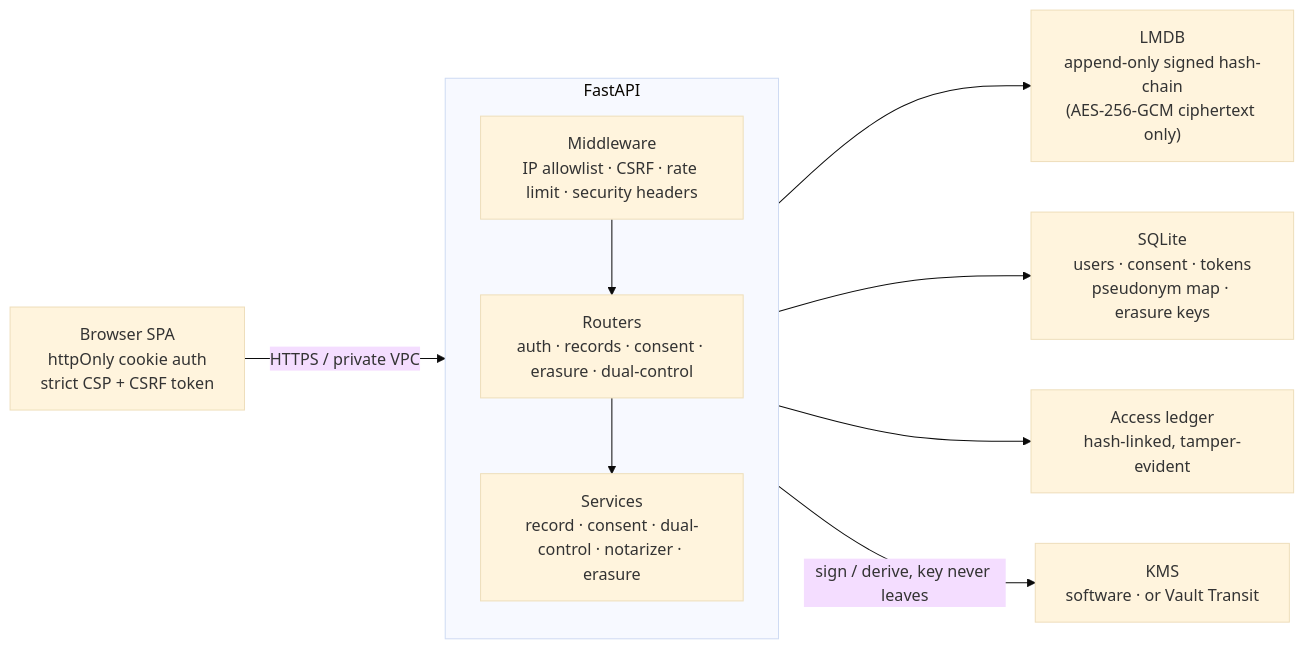
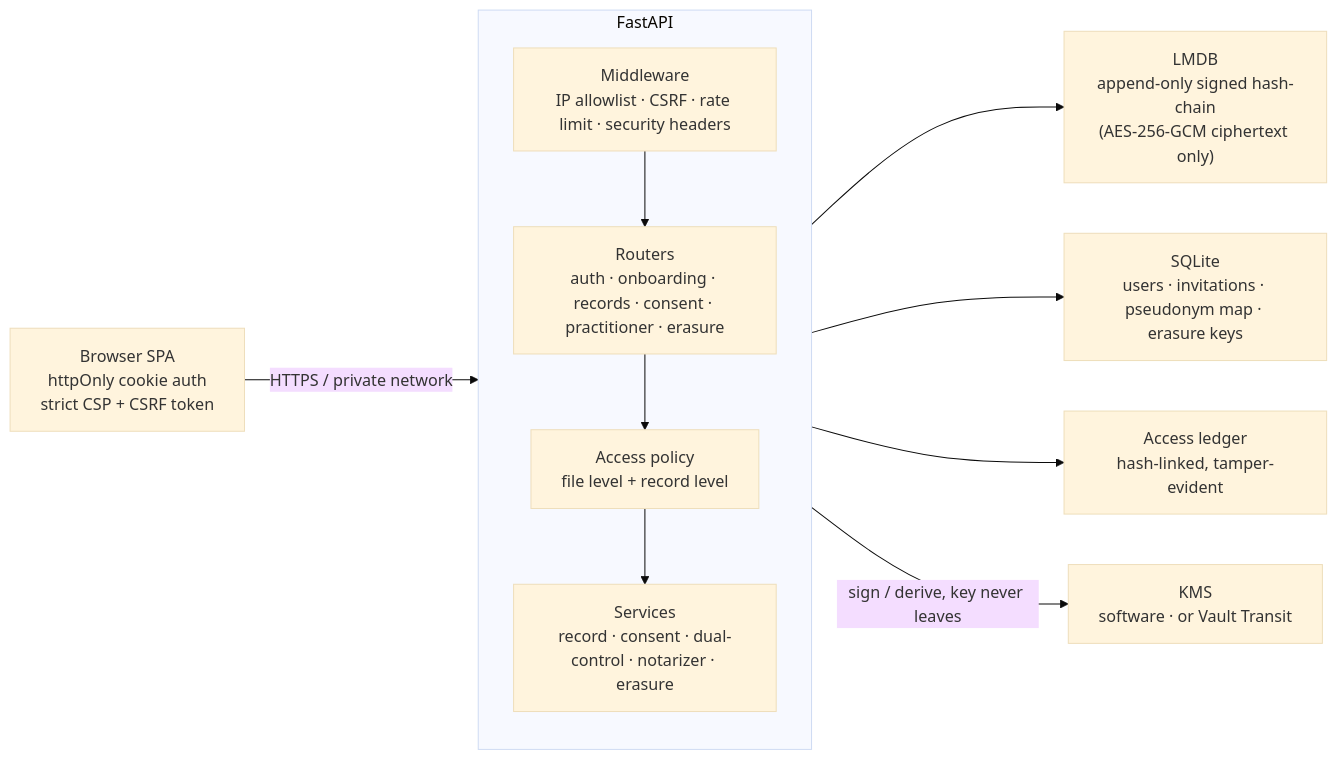
The diagram in README.md (calsgnkadir/health-blockchain), drawn with Mermaid (base theme) before and after one commit. The commit also changed other lines of this file and 1 other file, not shown here.

````diff
--- a/README.md
+++ b/README.md
@@ -27,18 +73,19 @@
 ```mermaid
 flowchart LR
-    Client["Browser SPA<br/>httpOnly cookie auth<br/>strict CSP + CSRF token"]
+    Browser["Browser SPA<br/>httpOnly cookie auth<br/>strict CSP + CSRF token"]
 
     subgraph API["FastAPI"]
       direction TB
       MW["Middleware<br/>IP allowlist · CSRF · rate limit · security headers"]
-      R["Routers<br/>auth · records · consent · erasure · dual-control"]
+      R["Routers<br/>auth · onboarding · records · consent · practitioner · erasure"]
+      P["Access policy<br/>file level + record level"]
       S["Services<br/>record · consent · dual-control · notarizer · erasure"]
-      MW --> R --> S
+      MW --> R --> P --> S
     end
 
-    Client -->|HTTPS / private VPC| MW
+    Browser -->|HTTPS / private network| MW
     S --> LMDB["LMDB<br/>append-only signed hash-chain<br/>(AES-256-GCM ciphertext only)"]
-    S --> SQL["SQLite<br/>users · consent · tokens<br/>pseudonym map · erasure keys"]
+    S --> SQL["SQLite<br/>users · invitations · pseudonym map · erasure keys"]
     S --> LEDGER["Access ledger<br/>hash-linked, tamper-evident"]
     S -->|sign / derive, key never leaves| KMS["KMS<br/>software · or Vault Transit"]
 ```
````
